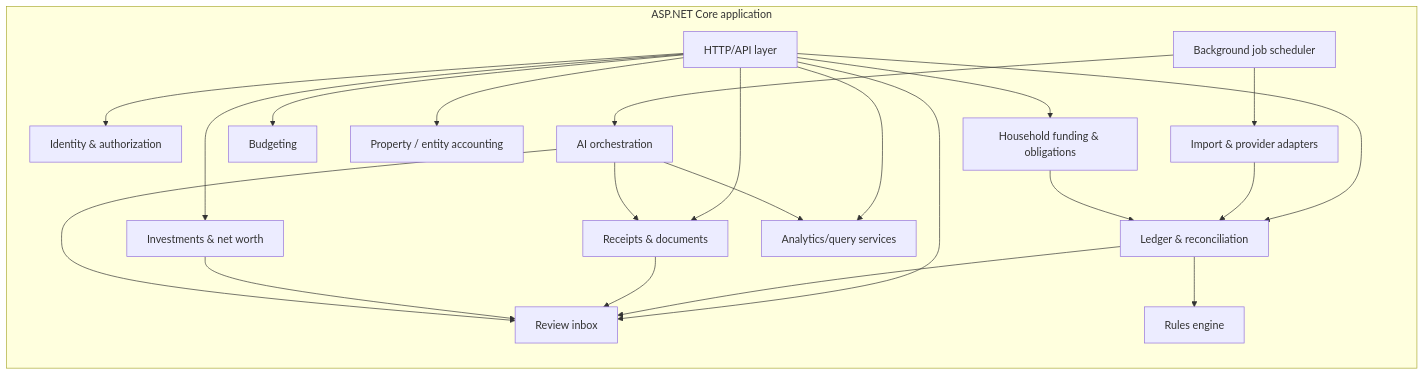
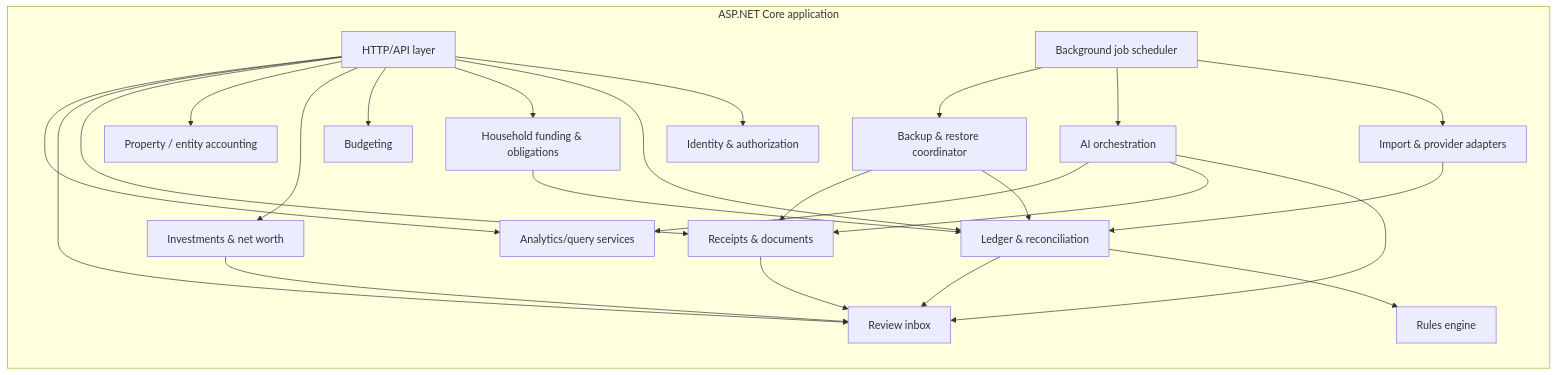
The third of 3 diagrams in docs/explanation/architecture.md (blac9216/Pryvance), drawn with Mermaid before and after one commit. The commit also changed other lines of this file, not shown here.

Commit message:
docs: add encrypted offsite backup architecture

````diff
--- a/docs/explanation/architecture.md
+++ b/docs/explanation/architecture.md
@@ -55,41 +60,45 @@
 ```mermaid
 flowchart LR
     subgraph API[ASP.NET Core application]
       Http[HTTP/API layer]
       Auth[Identity & authorization]
       Ledger[Ledger & reconciliation]
       Household[Household funding & obligations]
       Budget[Budgeting]
       Invest[Investments & net worth]
       Property[Property / entity accounting]
       Records[Receipts & documents]
       Review[Review inbox]
       Rules[Rules engine]
       Analytics[Analytics/query services]
       AIOrch[AI orchestration]
       Import[Import & provider adapters]
+      BackupCoord[Backup & restore coordinator]
       Jobs[Background job scheduler]
     end
 
     Http --> Auth
     Http --> Ledger
     Http --> Household
     Http --> Budget
     Http --> Invest
     Http --> Property
     Http --> Records
     Http --> Review
     Http --> Analytics
 
     Import --> Ledger
     Ledger --> Rules
     Ledger --> Review
     Records --> Review
     Invest --> Review
     Household --> Ledger
     AIOrch --> Review
     AIOrch --> Records
     AIOrch --> Analytics
+    BackupCoord --> Ledger
+    BackupCoord --> Records
     Jobs --> Import
     Jobs --> AIOrch
+    Jobs --> BackupCoord
 ```
````
